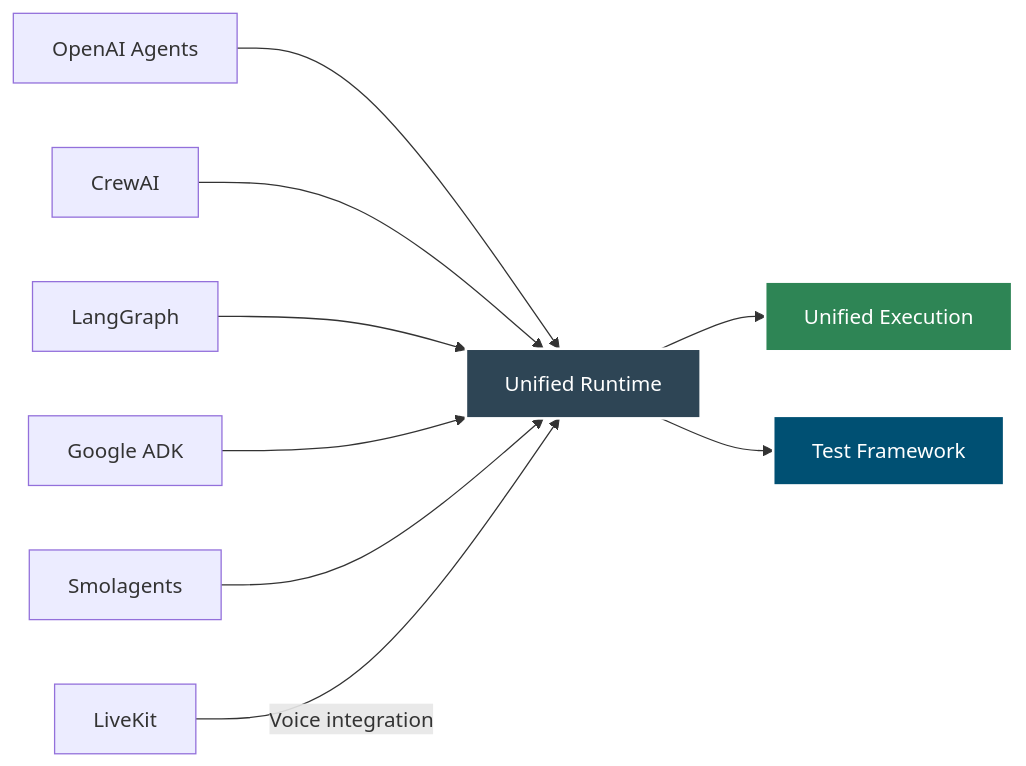
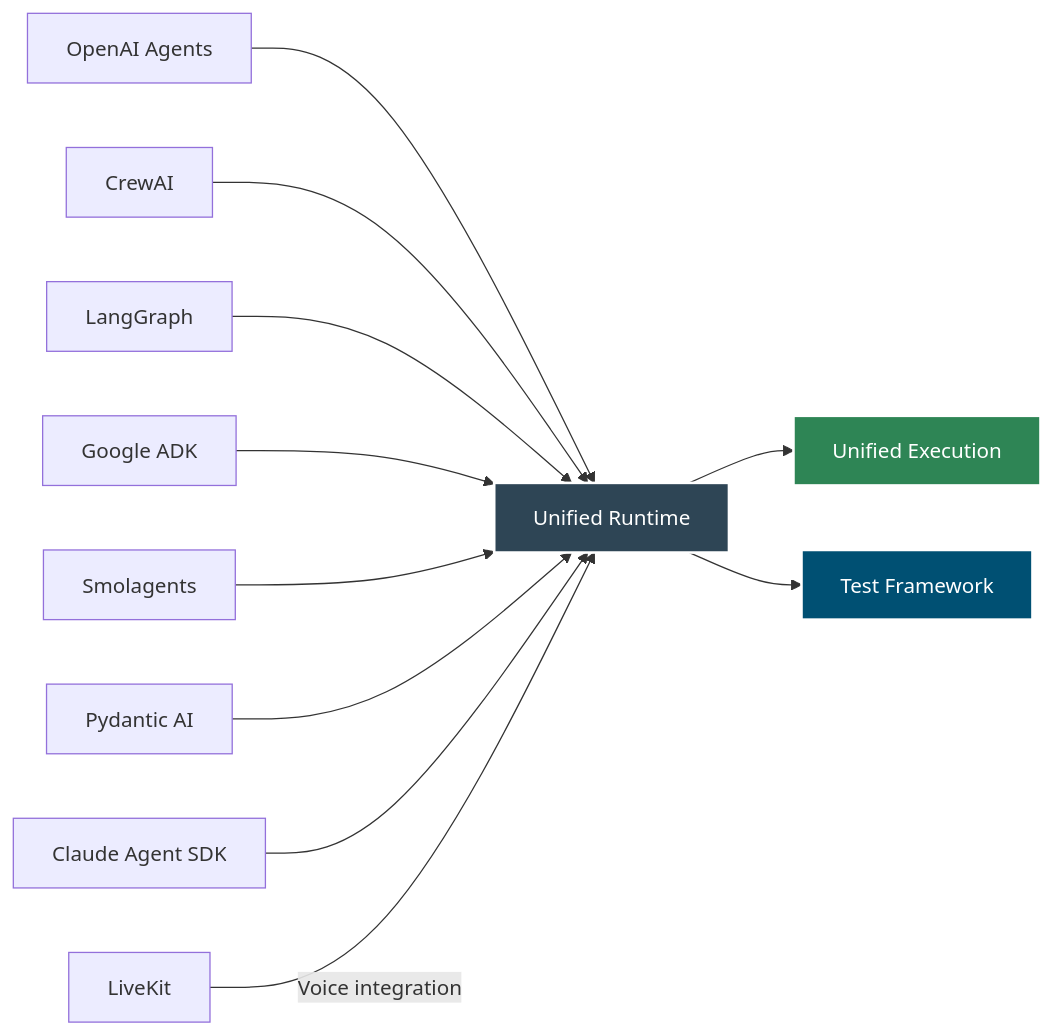
One commit to yaalalabs/agent-kernel changed the first of 2 diagrams in docs/docs/intro.md. Above: the diagram before and after it, drawn with Mermaid. The commit also changed other lines of this file and 113 other files, not shown here.

First line of the commit message:
feat: add Claude Agent SDK framework adapter  (#833)

````diff
--- a/docs/docs/intro.md
+++ b/docs/docs/intro.md
@@ -47,19 +50,21 @@
 ```mermaid
 ---
 config:
   layout: dagre
 ---
 flowchart LR
     B["Unified Runtime"] --> A["Unified Execution"]
     C["OpenAI Agents"] --> B
     D["CrewAI"] --> B
     E["LangGraph"] --> B
     F["Google ADK"] --> B
     SA["Smolagents"] --> B
+    PA["Pydantic AI"] --> B
+    CA["Claude Agent SDK"] --> B
     LK["LiveKit"] -->|Voice integration| B
     G["Test Framework"]
     B --> G
     style A fill:#2e8555,stroke:#fff,stroke-width:2px,color:#fff
     style B fill:#2e4555,stroke:#fff,stroke-width:2px,color:#fff
     style G fill:#005073,stroke:#fff,stroke-width:2px,color:#fff
 ```
````
